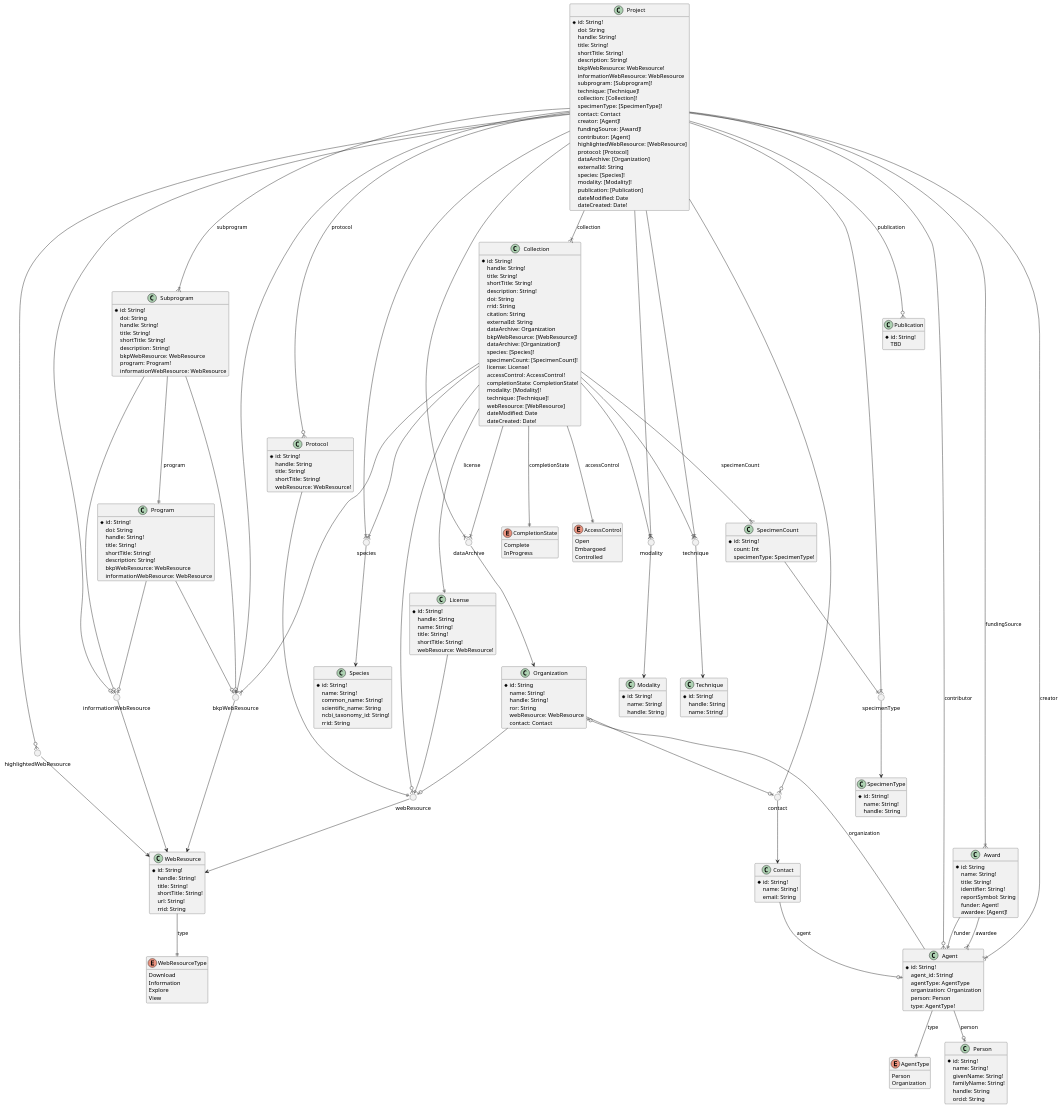
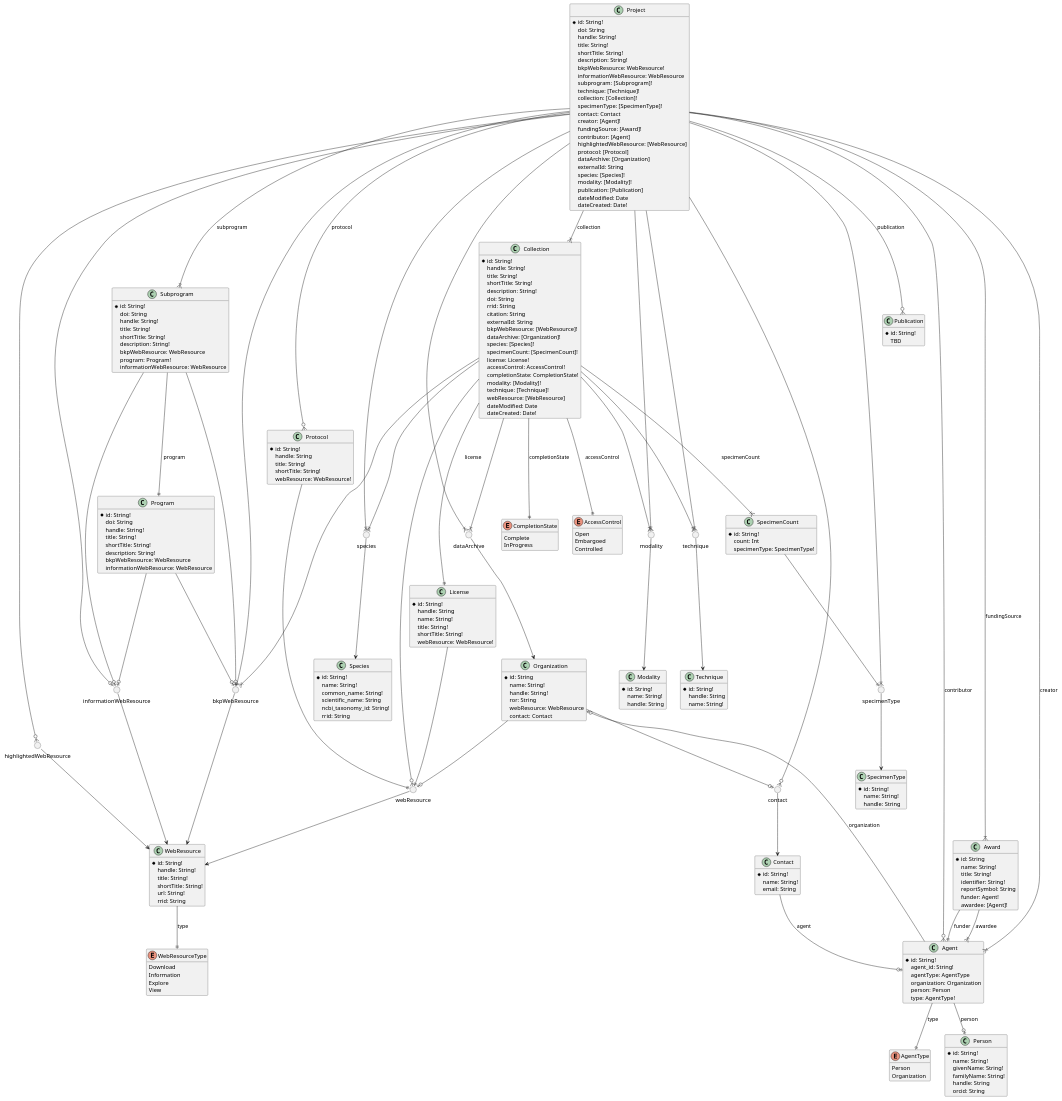
Before and after one commit to BICCN/BCDC-Metadata: the diagram in design/schema/bcdc.puml, drawn with PlantUML.

Commit message:
Remove duplicate dataArchive attribute

```diff
--- a/design/schema/bcdc.puml
+++ b/design/schema/bcdc.puml
@@ -99,7 +99,6 @@
     rrid: String
     citation: String
     externalId: String
-    dataArchive: Organization
     bkpWebResource: [WebResource]!
     dataArchive: [Organization]!
     species: [Species]!
```
